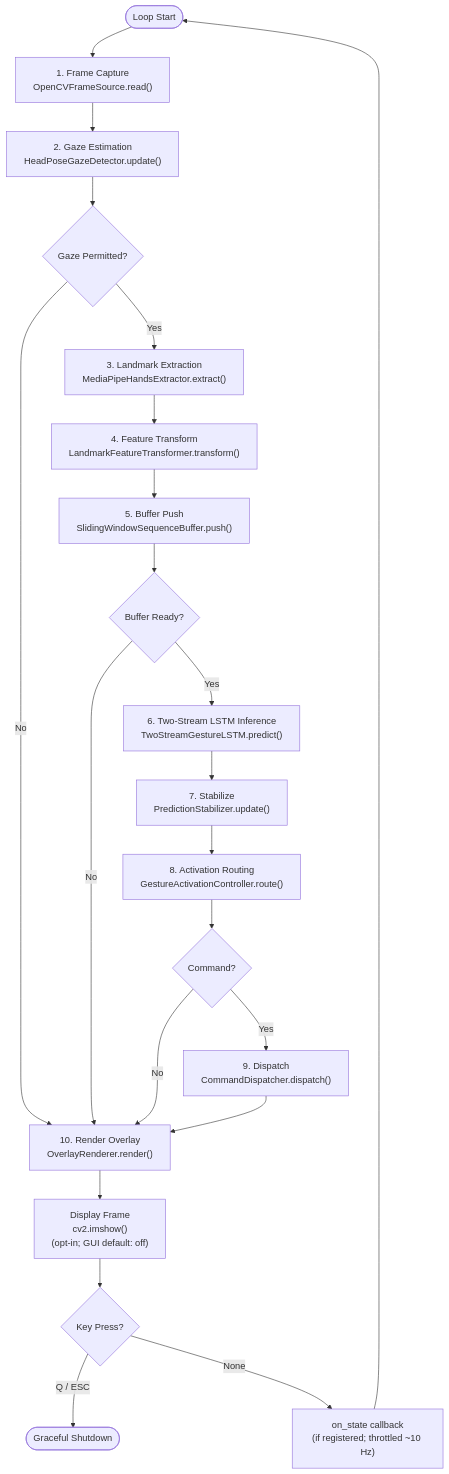
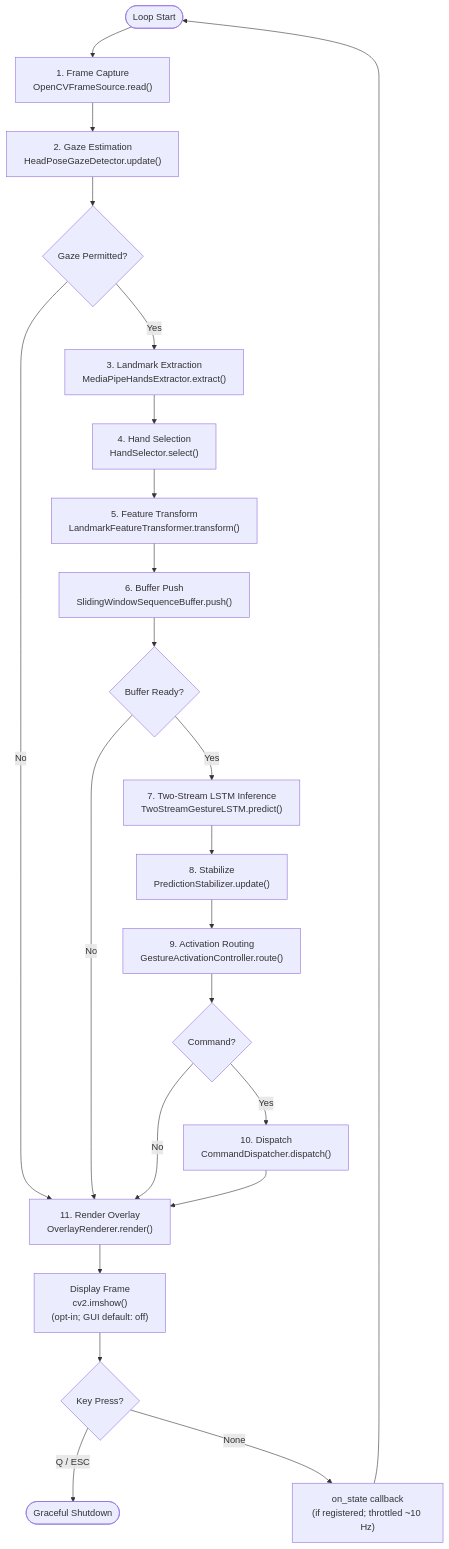
Before and after one commit to ntsrigaud/Maestro: the first of 6 diagrams in docs/architecture/process-view.md, drawn with Mermaid. The commit also changed other lines of this file and 5 other files, not shown here.

First line of the commit message:
docs: align architecture documentation with current implementation

````diff
--- a/docs/architecture/process-view.md
+++ b/docs/architecture/process-view.md
@@ -36,24 +36,25 @@
 ```mermaid
 graph TD
     Start([Loop Start]) --> Capture["1. Frame Capture<br/>OpenCVFrameSource.read()"]
     Capture --> Gaze["2. Gaze Estimation<br/>HeadPoseGazeDetector.update()"]
     Gaze --> GazeOk{Gaze Permitted?}
     GazeOk -->|No| Render
     GazeOk -->|Yes| Extract["3. Landmark Extraction<br/>MediaPipeHandsExtractor.extract()"]
-    Extract --> Transform["4. Feature Transform<br/>LandmarkFeatureTransformer.transform()"]
-    Transform --> Buffer["5. Buffer Push<br/>SlidingWindowSequenceBuffer.push()"]
+    Extract --> Select["4. Hand Selection<br/>HandSelector.select()"]
+    Select --> Transform["5. Feature Transform<br/>LandmarkFeatureTransformer.transform()"]
+    Transform --> Buffer["6. Buffer Push<br/>SlidingWindowSequenceBuffer.push()"]
     Buffer --> Ready{Buffer Ready?}
     Ready -->|No| Render
-    Ready -->|Yes| Infer["6. Two-Stream LSTM Inference<br/>TwoStreamGestureLSTM.predict()"]
-    Infer --> Stabilize["7. Stabilize<br/>PredictionStabilizer.update()"]
-    Stabilize --> Activate["8. Activation Routing<br/>GestureActivationController.route()"]
+    Ready -->|Yes| Infer["7. Two-Stream LSTM Inference<br/>TwoStreamGestureLSTM.predict()"]
+    Infer --> Stabilize["8. Stabilize<br/>PredictionStabilizer.update()"]
+    Stabilize --> Activate["9. Activation Routing<br/>GestureActivationController.route()"]
     Activate --> HasCmd{Command?}
-    HasCmd -->|Yes| Dispatch["9. Dispatch<br/>CommandDispatcher.dispatch()"]
+    HasCmd -->|Yes| Dispatch["10. Dispatch<br/>CommandDispatcher.dispatch()"]
     HasCmd -->|No| Render
-    Dispatch --> Render["10. Render Overlay<br/>OverlayRenderer.render()"]
+    Dispatch --> Render["11. Render Overlay<br/>OverlayRenderer.render()"]
     Render --> Display["Display Frame<br/>cv2.imshow()<br/>(opt-in; GUI default: off)"]
     Display --> KeyCheck{Key Press?}
     KeyCheck -->|Q / ESC| Shutdown([Graceful Shutdown])
     KeyCheck -->|None| Callback["on_state callback<br/>(if registered; throttled ~10 Hz)"]
     Callback --> Start
 ```
````
